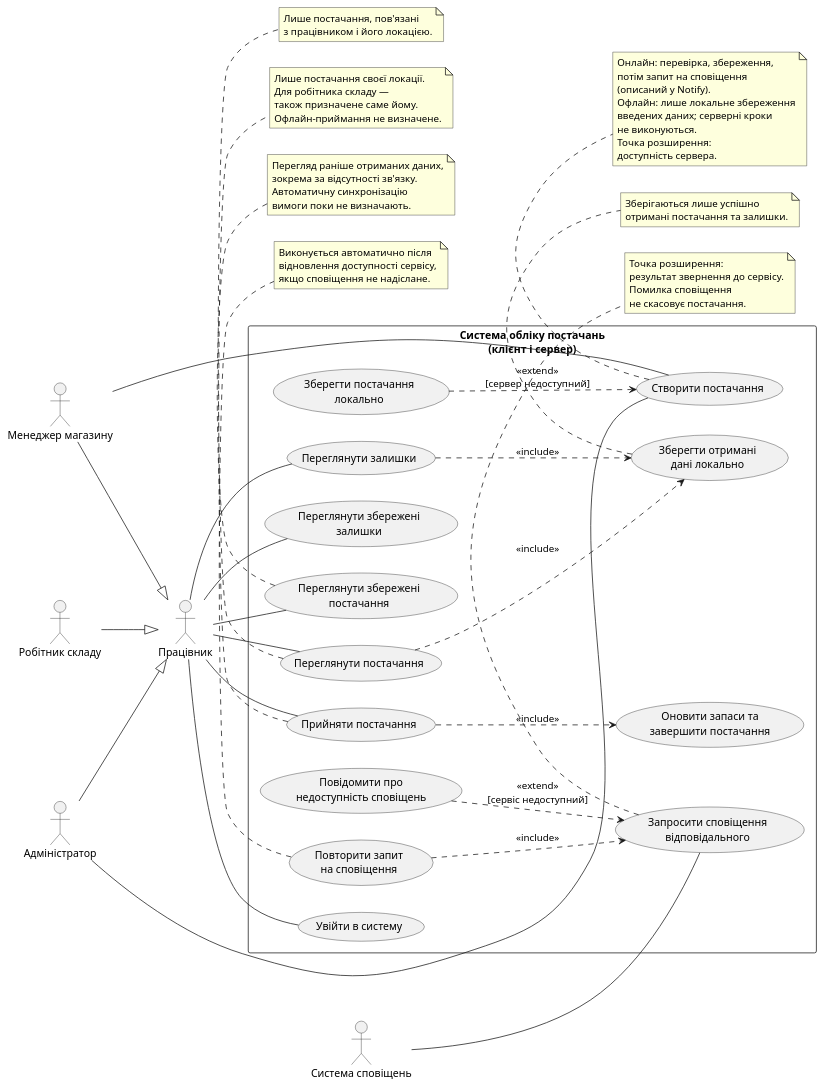
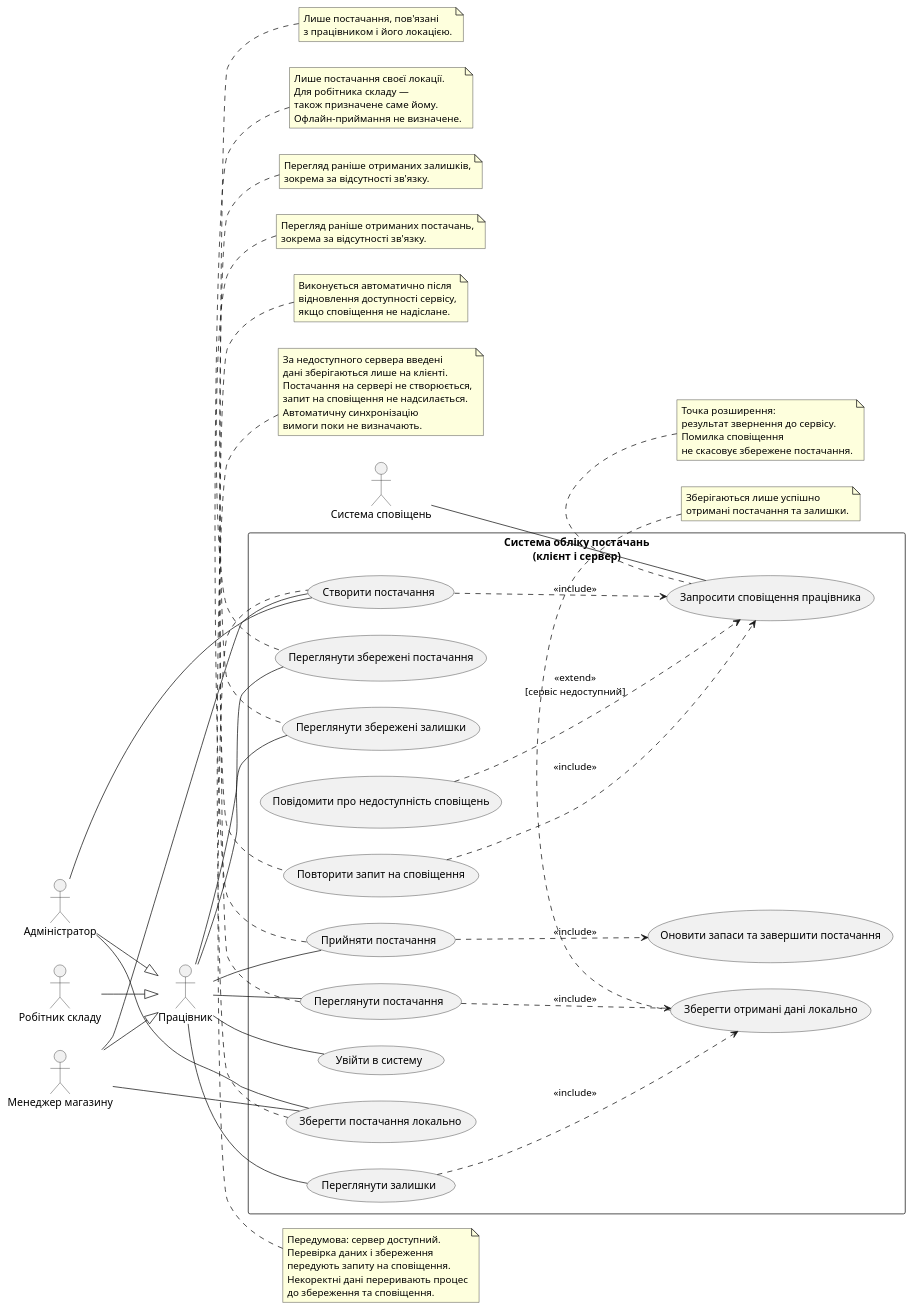
Before and after one commit to Petrovich-322/KPI: the diagram in lab2/use-case.puml, drawn with PlantUML.

Commit message:
final use-case.pml (сподіваюсь)

```diff
--- a/lab2/use-case.puml
+++ b/lab2/use-case.puml
@@ -1,106 +1,116 @@
 @startuml
 left to right direction
 skinparam shadowing false
 
 actor "Працівник" as Employee
 actor "Менеджер магазину" as Manager
 actor "Робітник складу" as Worker
 actor "Адміністратор" as Admin
 actor "Система сповіщень" as Notifications
 
 Manager --|> Employee
 Worker --|> Employee
 Admin --|> Employee
 
 rectangle "Система обліку постачань\n(клієнт і сервер)" {
 
     usecase "Увійти в систему" as Login
+    usecase "Створити постачання" as Create
+    usecase "Зберегти постачання локально" as SaveDraft
 
-    usecase "Створити постачання" as Create
-    usecase "Зберегти постачання\nлокально" as SaveDraft
-
-    usecase "Запросити сповіщення\nвідповідального" as Notify
-    usecase "Повідомити про\nнедоступність сповіщень" as NotifyFailure
-    usecase "Повторити запит\nна сповіщення" as RetryNotify
+    usecase "Запросити сповіщення працівника" as Notify
+    usecase "Повідомити про недоступність сповіщень" as NotifyFailure
+    usecase "Повторити запит на сповіщення" as RetryNotify
 
     usecase "Переглянути постачання" as ViewSupply
     usecase "Переглянути залишки" as ViewStock
-    usecase "Зберегти отримані\nдані локально" as Cache
-    usecase "Переглянути збережені\nпостачання" as CachedSupply
-    usecase "Переглянути збережені\nзалишки" as CachedStock
+    usecase "Зберегти отримані дані локально" as Cache
+    usecase "Переглянути збережені постачання" as CachedSupply
+    usecase "Переглянути збережені залишки" as CachedStock
 
     usecase "Прийняти постачання" as Accept
-    usecase "Оновити запаси та\nзавершити постачання" as Update
+    usecase "Оновити запаси та завершити постачання" as Update
 }
 
 Employee -- Login
 Employee -- ViewSupply
 Employee -- ViewStock
 Employee -- CachedSupply
 Employee -- CachedStock
 Employee -- Accept
 
 Manager -- Create
 Admin -- Create
+Manager -- SaveDraft
+Admin -- SaveDraft
 
 Notifications -- Notify
 
-SaveDraft ..> Create : <<extend>>\n[сервер недоступний]
+Create ..> Notify : <<include>>
 
 ViewSupply ..> Cache : <<include>>
 ViewStock ..> Cache : <<include>>
 
 NotifyFailure ..> Notify : <<extend>>\n[сервіс недоступний]
 RetryNotify ..> Notify : <<include>>
 
 Accept ..> Update : <<include>>
 
-note bottom of Create
-  Онлайн: перевірка, збереження,
-  потім запит на сповіщення
-  (описаний у Notify).
-  Офлайн: лише локальне збереження
-  введених даних; серверні кроки
-  не виконуються.
-  Точка розширення:
-  доступність сервера.
+note top of Create
+  Передумова: сервер доступний.
+  Перевірка даних і збереження
+  передують запиту на сповіщення.
+  Некоректні дані переривають процес
+  до збереження та сповіщення.
 end note
 
-note bottom of Notify
+note top of SaveDraft
+  За недоступного сервера введені
+  дані зберігаються лише на клієнті.
+  Постачання на сервері не створюється,
+  запит на сповіщення не надсилається.
+  Автоматичну синхронізацію
+  вимоги поки не визначають.
+end note
+
+note top of Notify
   Точка розширення:
   результат звернення до сервісу.
   Помилка сповіщення
-  не скасовує постачання.
+  не скасовує збережене постачання.
 end note
 
-note bottom of RetryNotify
+note top of RetryNotify
   Виконується автоматично після
   відновлення доступності сервісу,
   якщо сповіщення не надіслане.
 end note
 
-note bottom of Cache
+note top of Cache
   Зберігаються лише успішно
   отримані постачання та залишки.
 end note
 
-note bottom of CachedSupply
-  Перегляд раніше отриманих даних,
+note top of CachedSupply
+  Перегляд раніше отриманих постачань,
   зокрема за відсутності зв'язку.
-  Автоматичну синхронізацію
-  вимоги поки не визначають.
 end note
 
-note bottom of Accept
+note top of CachedStock
+  Перегляд раніше отриманих залишків,
+  зокрема за відсутності зв'язку.
+end note
+
+note top of Accept
   Лише постачання своєї локації.
   Для робітника складу —
   також призначене саме йому.
   Офлайн-приймання не визначене.
 end note
 
-note bottom of ViewSupply
+note top of ViewSupply
   Лише постачання, пов'язані
   з працівником і його локацією.
 end note
 
 @enduml
```
